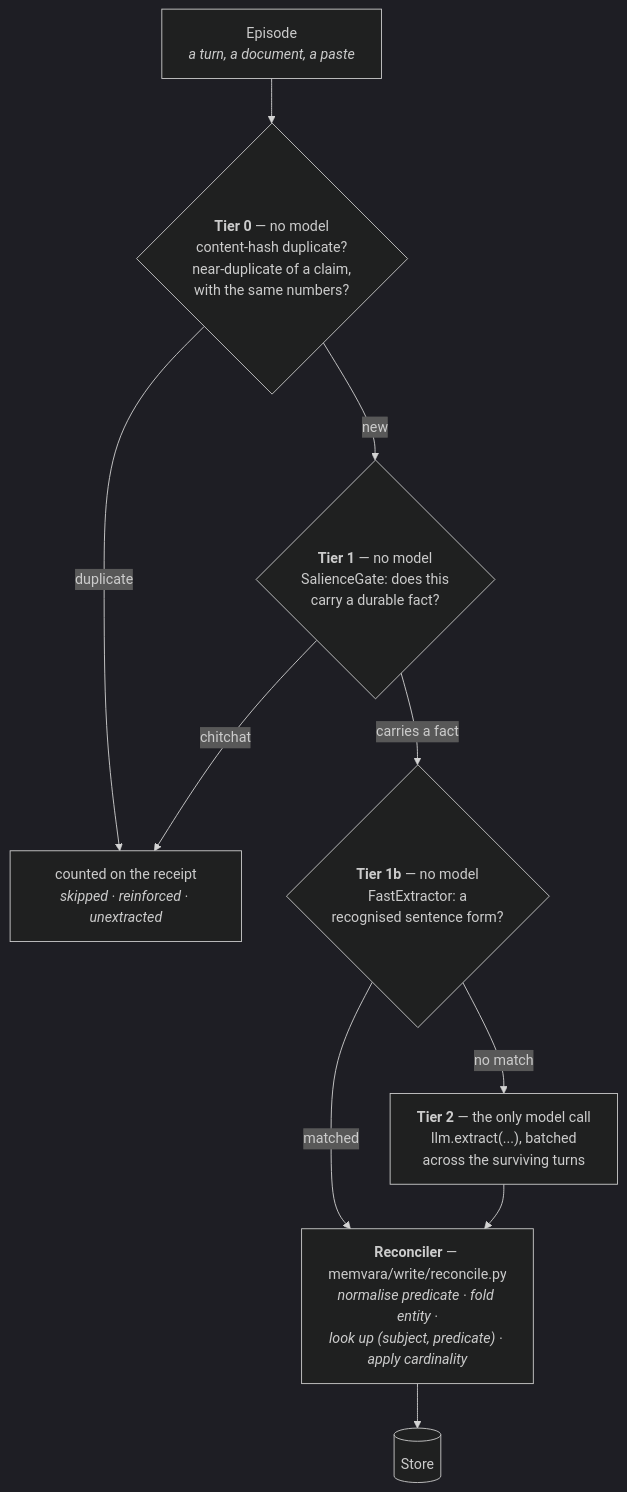
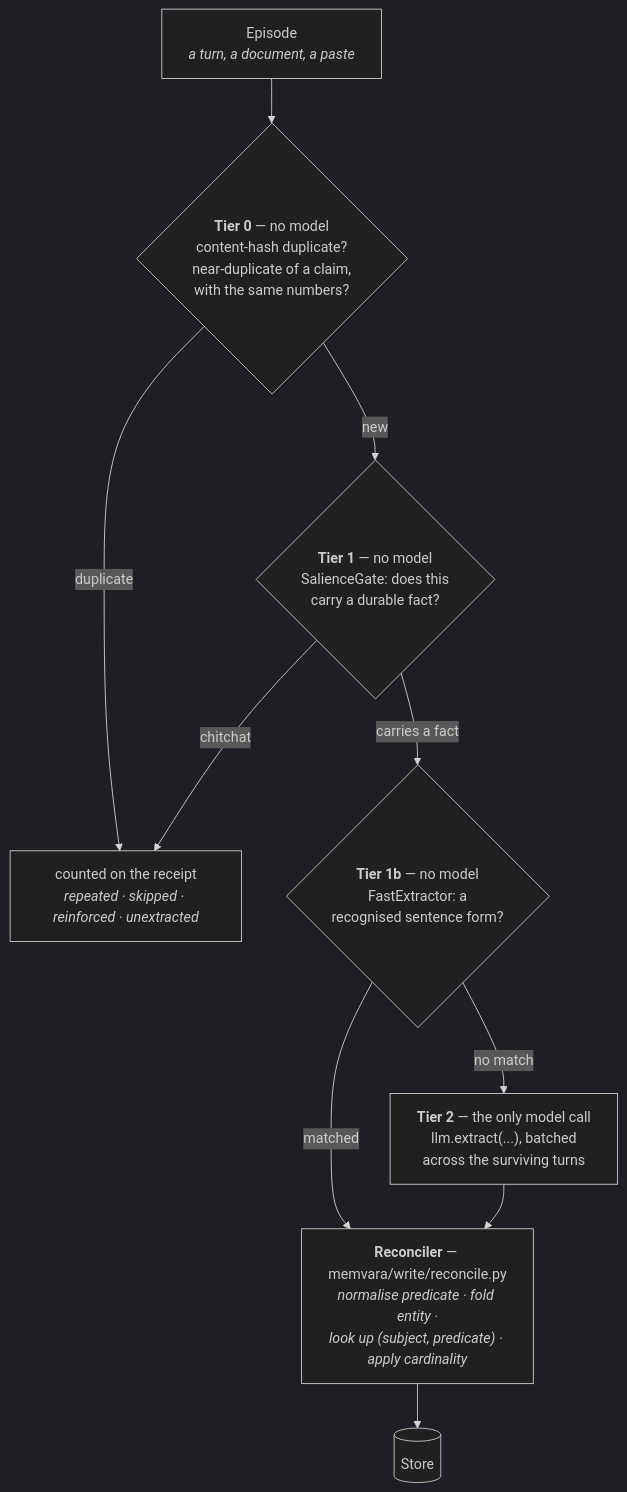
Before and after one commit to memvara/memvara: the second of 4 diagrams in docs/reference/architecture.md, drawn with Mermaid (dark theme). The commit also changed 18 other files, not shown here.

````diff
--- a/docs/reference/architecture.md
+++ b/docs/reference/architecture.md
@@ -40,21 +40,21 @@
 ```mermaid
 flowchart TD
     E["Episode<br/><i>a turn, a document, a paste</i>"]
     T0{"<b>Tier 0</b> — no model<br/>content-hash duplicate?<br/>near-duplicate of a claim,<br/>with the same numbers?"}
     T1{"<b>Tier 1</b> — no model<br/>SalienceGate: does this<br/>carry a durable fact?"}
     T1B{"<b>Tier 1b</b> — no model<br/>FastExtractor: a<br/>recognised sentence form?"}
     T2["<b>Tier 2</b> — the only model call<br/>llm.extract(...), batched<br/>across the surviving turns"]
     REC["<b>Reconciler</b> — memvara/write/reconcile.py<br/><i>normalise predicate · fold entity ·<br/>look up (subject, predicate) · apply cardinality</i>"]
     ST[("Store")]
-    SKIP["counted on the receipt<br/><i>skipped · reinforced · unextracted</i>"]
+    SKIP["counted on the receipt<br/><i>repeated · skipped · reinforced · unextracted</i>"]
 
     E --> T0
     T0 -- "duplicate" --> SKIP
     T0 -- "new" --> T1
     T1 -- "chitchat" --> SKIP
     T1 -- "carries a fact" --> T1B
     T1B -- "matched" --> REC
     T1B -- "no match" --> T2
     T2 --> REC
     REC --> ST
 ```
````
